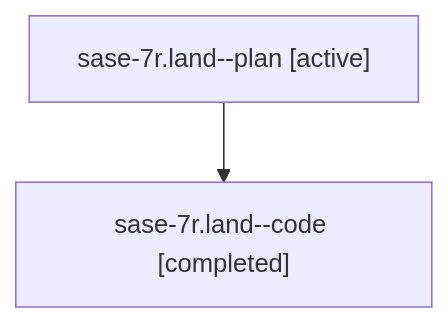
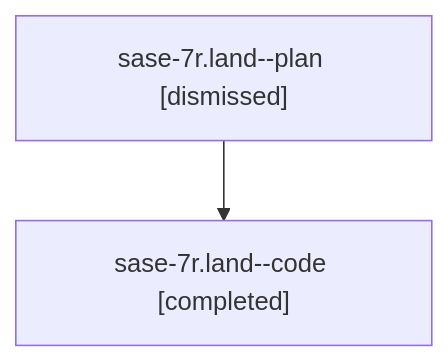
Before and after one commit to sase-org/sase--agents: the diagram in sessions/bbugyi200.athena.sase-7r.land.md, drawn with Mermaid. The commit also changed other lines of this file and 66 other files, not shown here.

````diff
--- a/sessions/bbugyi200.athena.sase-7r.land.md
+++ b/sessions/bbugyi200.athena.sase-7r.land.md
@@ -9,6 +9,6 @@
 ```mermaid
 flowchart TD
-  n0["sase-7r.land--plan [active]"]
+  n0["sase-7r.land--plan [dismissed]"]
   n1["sase-7r.land--code [completed]"]
   n0 --> n1
 ```
````
